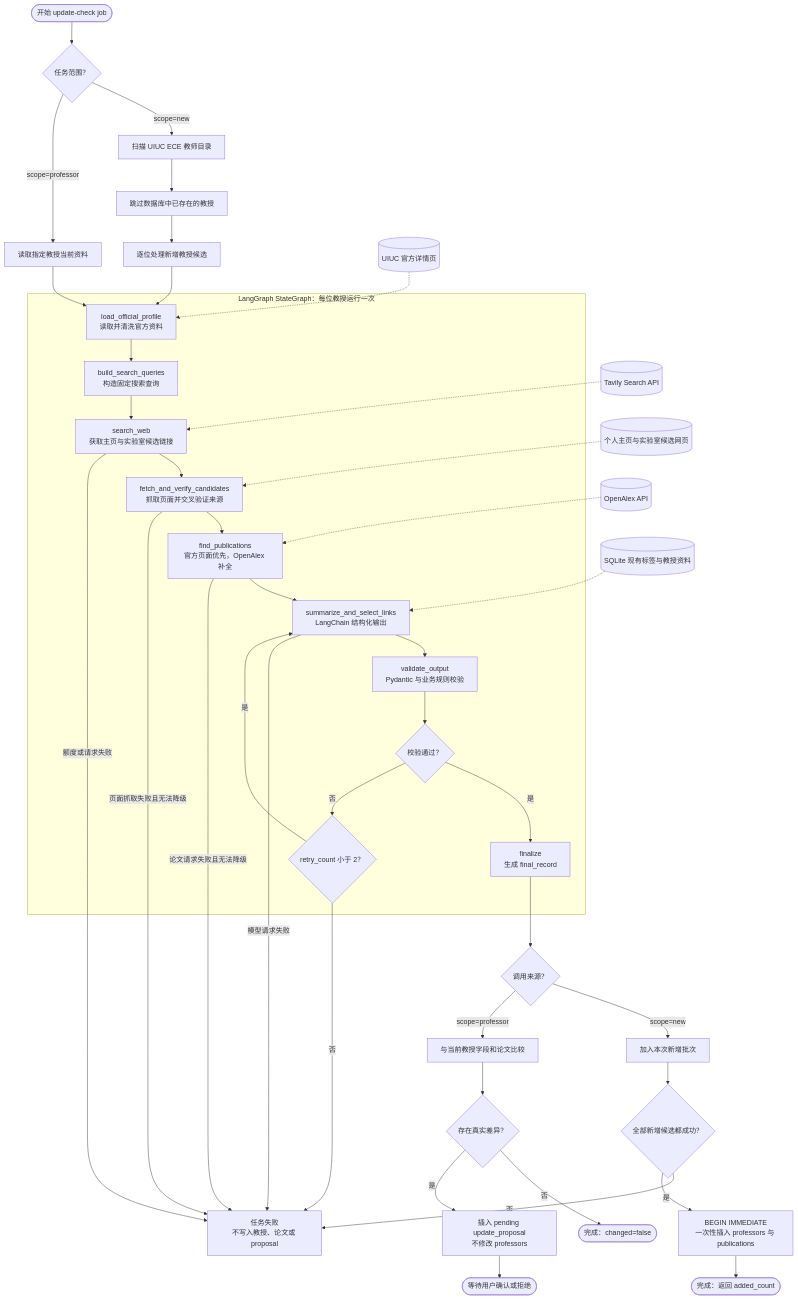
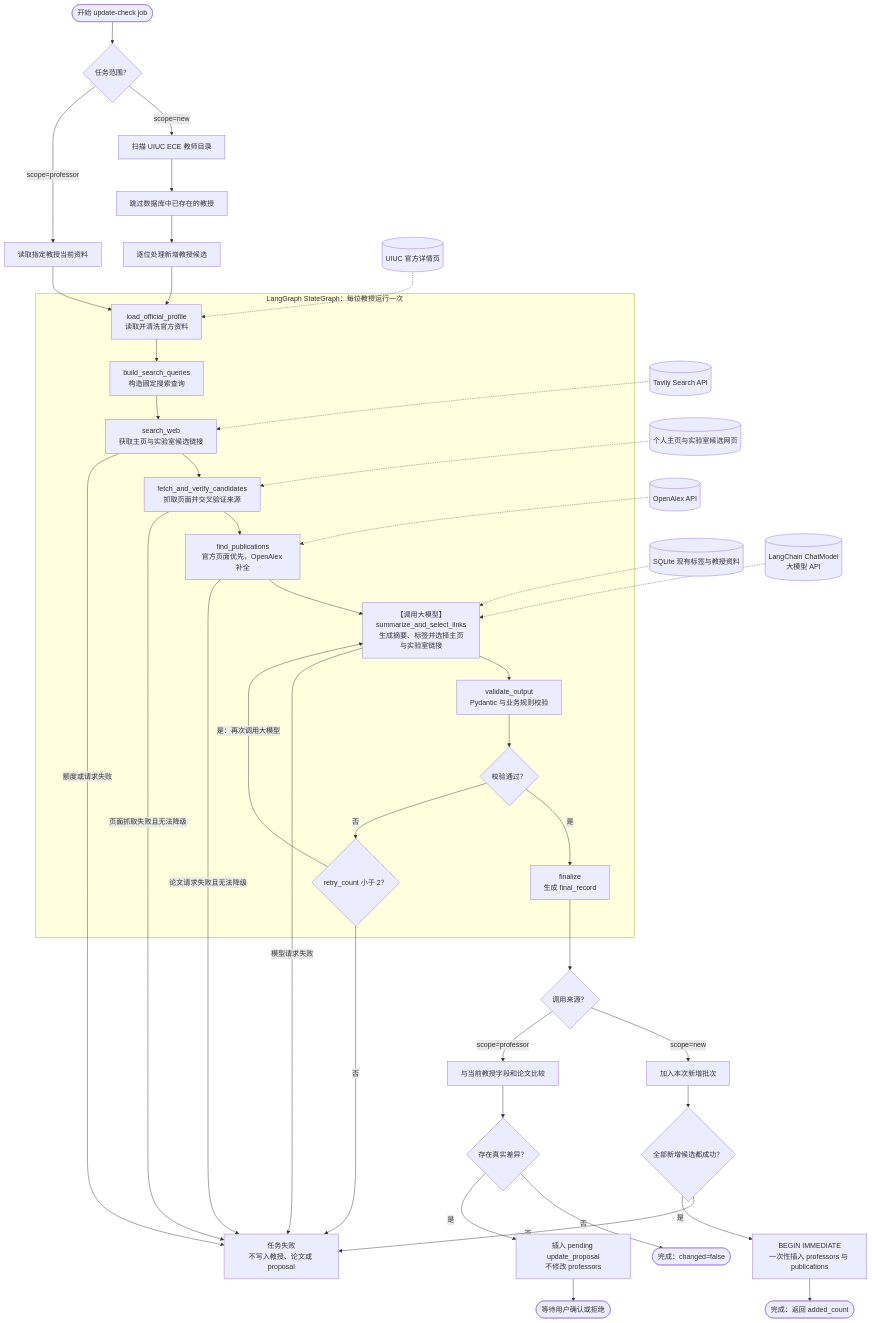
One commit to ZhouZixuan33/lab_finder changed the diagram in docs/superpowers/specs/2026-08-15-lab-application-tracker-design.md. Above: the diagram before and after it, drawn with Mermaid. The commit also changed other lines of this file, not shown here.

Commit message:
docs: mark LLM calls in research flow

````diff
--- a/docs/superpowers/specs/2026-08-15-lab-application-tracker-design.md
+++ b/docs/superpowers/specs/2026-08-15-lab-application-tracker-design.md
@@ -201,55 +201,56 @@
 ```mermaid
 flowchart TD
     job(["开始 update-check job"]) --> scope{"任务范围？"}
     scope -->|"scope=new"| discover["扫描 UIUC ECE 教师目录"]
     discover --> skip["跳过数据库中已存在的教授"]
     skip --> candidate["逐位处理新增教授候选"]
     scope -->|"scope=professor"| current["读取指定教授当前资料"]
 
     candidate --> load
     current --> load
 
     uiuc[("UIUC 官方详情页")] -.-> load
     tavily[("Tavily Search API")] -.-> search
     web[("个人主页与实验室候选网页")] -.-> verify
     openalex[("OpenAlex API")] -.-> publications
     existing[("SQLite 现有标签与教授资料")] -.-> summarize
+    model[("LangChain ChatModel<br/>大模型 API")] -.-> summarize
 
     subgraph research_graph["LangGraph StateGraph：每位教授运行一次"]
         load["load_official_profile<br/>读取并清洗官方资料"]
         queries["build_search_queries<br/>构造固定搜索查询"]
         search["search_web<br/>获取主页与实验室候选链接"]
         verify["fetch_and_verify_candidates<br/>抓取页面并交叉验证来源"]
         publications["find_publications<br/>官方页面优先，OpenAlex 补全"]
-        summarize["summarize_and_select_links<br/>LangChain 结构化输出"]
+        summarize["【调用大模型】summarize_and_select_links<br/>生成摘要、标签并选择主页与实验室链接"]
         validate["validate_output<br/>Pydantic 与业务规则校验"]
         valid{"校验通过？"}
         retry{"retry_count 小于 2？"}
         finalize["finalize<br/>生成 final_record"]
 
         load --> queries --> search --> verify --> publications --> summarize
         summarize --> validate --> valid
         valid -->|"是"| finalize
         valid -->|"否"| retry
-        retry -->|"是"| summarize
+        retry -->|"是：再次调用大模型"| summarize
     end
 
     retry -->|"否"| failed["任务失败<br/>不写入教授、论文或 proposal"]
     search -->|"额度或请求失败"| failed
     verify -->|"页面抓取失败且无法降级"| failed
     publications -->|"论文请求失败且无法降级"| failed
     summarize -->|"模型请求失败"| failed
 
     finalize --> persist{"调用来源？"}
     persist -->|"scope=new"| batch["加入本次新增批次"]
     batch --> all_valid{"全部新增候选都成功？"}
     all_valid -->|"否"| failed
     all_valid -->|"是"| insert["BEGIN IMMEDIATE<br/>一次性插入 professors 与 publications"]
     insert --> added(["完成：返回 added_count"])
 
     persist -->|"scope=professor"| compare["与当前教授字段和论文比较"]
     compare --> changed{"存在真实差异？"}
     changed -->|"否"| unchanged(["完成：changed=false"])
     changed -->|"是"| proposal["插入 pending update_proposal<br/>不修改 professors"]
     proposal --> reviewed(["等待用户确认或拒绝"])
 ```
````
